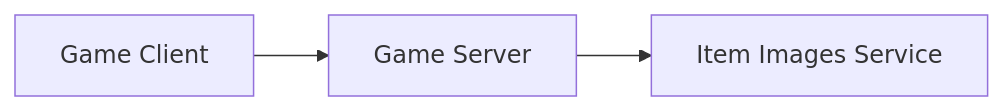
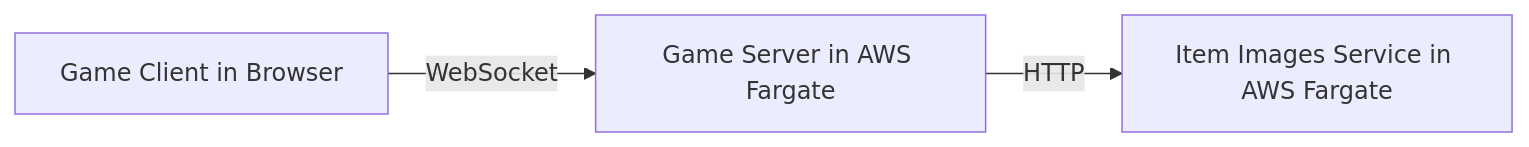
One commit to kirodotdev/spirit-of-kiro changed the first of 4 diagrams in docs/appsec-overview.md. Above: the diagram before and after it, drawn with Mermaid. The commit also changed other lines of this file and 7 other files, not shown here.

````diff
--- a/docs/appsec-overview.md
+++ b/docs/appsec-overview.md
@@ -3,4 +5,4 @@
 ```mermaid
 graph LR
-    Client[Game Client] --> Server[Game Server] --> Images[Item Images Service]
+    Client[Game Client in Browser] -->|WebSocket|Server[Game Server in AWS Fargate] -->|HTTP|Images[Item Images Service in AWS Fargate]
 ```
````
